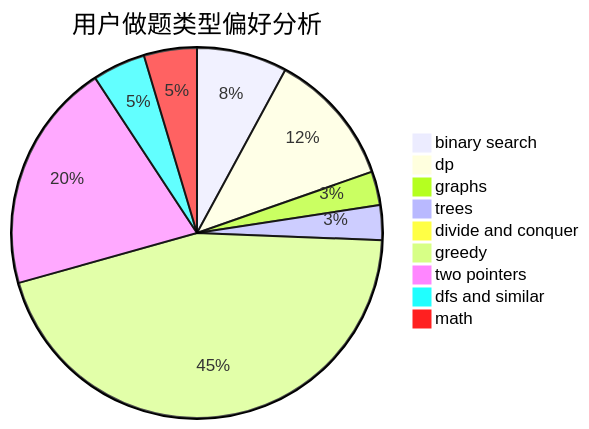
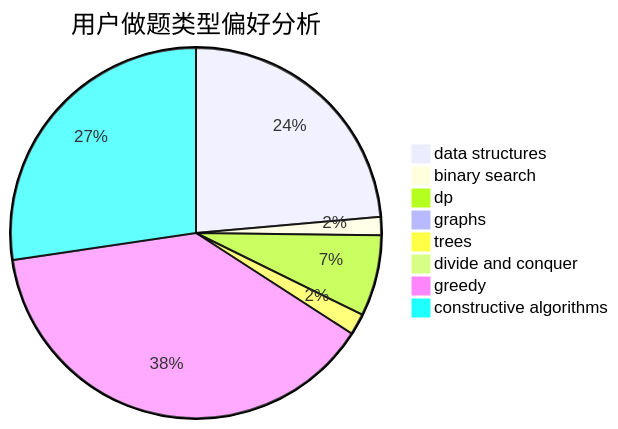
One commit to sherpahu/cfrs.github.io changed the second of 3 diagrams in docs/user/u135.md. Above: the diagram before and after it, drawn with Mermaid. The commit also changed other lines of this file and 2775 other files, not shown here.

````diff
--- a/docs/user/u135.md
+++ b/docs/user/u135.md
@@ -23,12 +23,11 @@
 ```mermaid
 pie title 用户做题类型偏好分析
-    "binary search" :  70
-    "dp" :  104
-    "graphs" :  26
-    "trees" :  27
+    "data structures" :  177
+    "binary search" :  12
+    "dp" :  53
+    "graphs" :  2
+    "trees" :  14
     "divide and conquer" :  0
-    "greedy" :  399
-    "two pointers" :  178
-    "dfs and similar" :  41
-    "math" :  41
+    "greedy" :  289
+    "constructive algorithms" :  205
 ```
````
